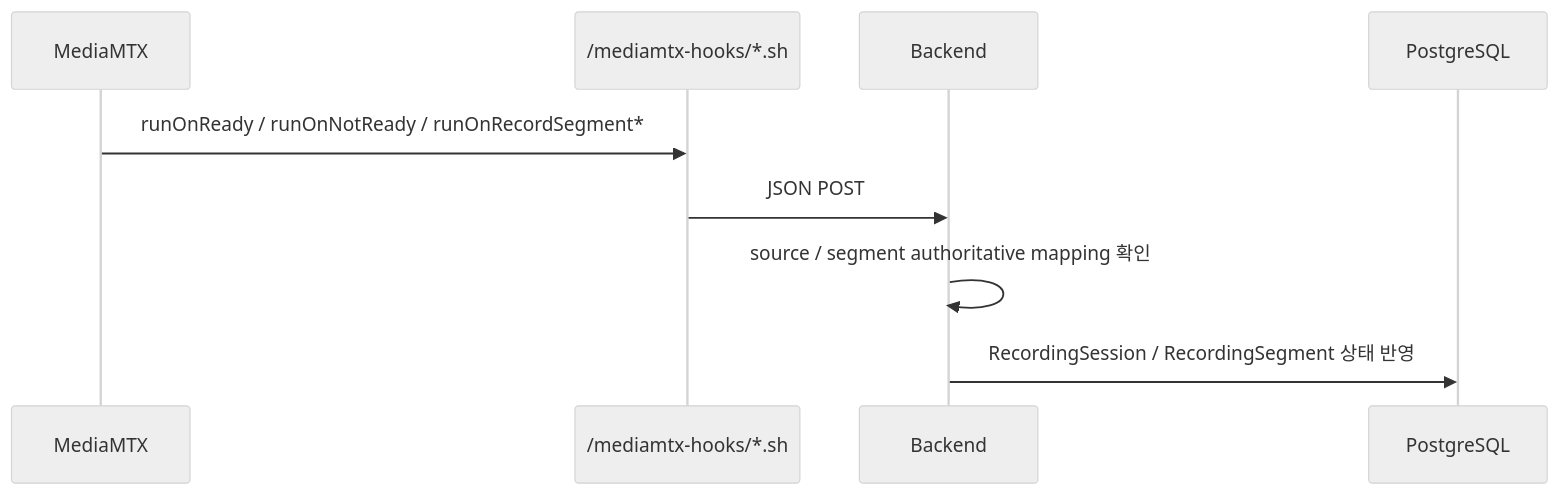
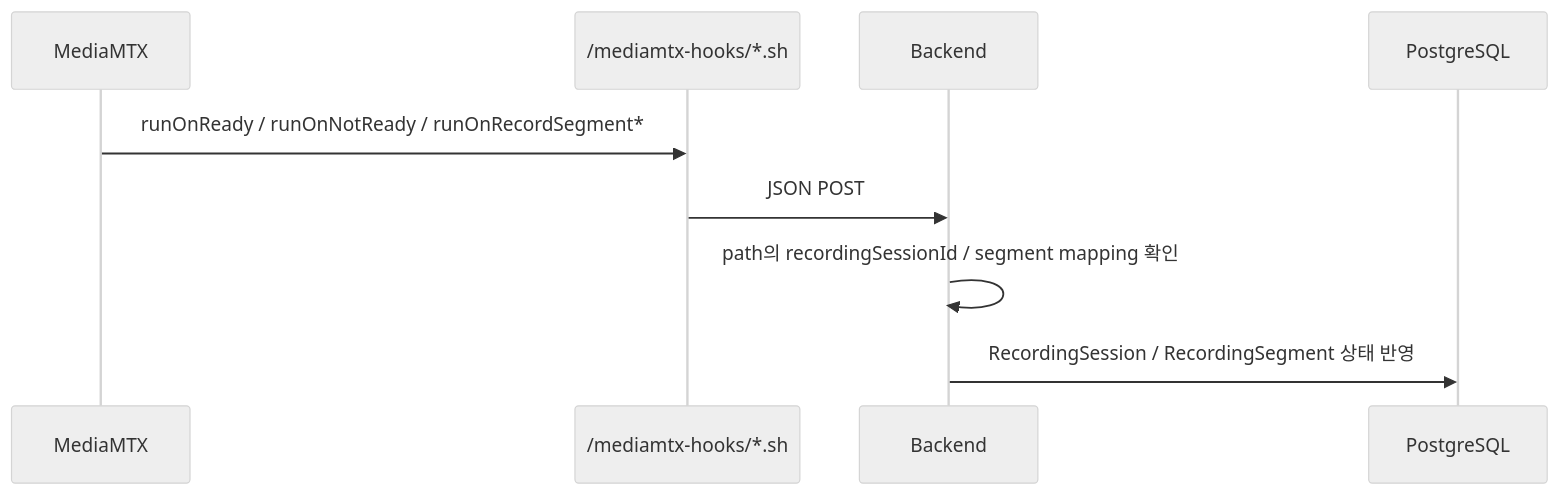
One commit to ego-flow/ego-flow-server changed the sixth of 7 diagrams in docs/09. project_streaming.md. Above: the diagram before and after it, drawn with Mermaid (neutral theme). The commit also changed other lines of this file and 20 other files, not shown here.

````diff
--- a/docs/09. project_streaming.md
+++ b/docs/09. project_streaming.md
@@ -487,12 +470,12 @@
 ```mermaid
 sequenceDiagram
     participant MTX as MediaMTX
     participant Hooks as /mediamtx-hooks/*.sh
     participant BE as Backend
     participant DB as PostgreSQL
 
     MTX->>Hooks: runOnReady / runOnNotReady / runOnRecordSegment*
     Hooks->>BE: JSON POST
-    BE->>BE: source / segment authoritative mapping 확인
+    BE->>BE: path의 recordingSessionId / segment mapping 확인
     BE->>DB: RecordingSession / RecordingSegment 상태 반영
 ```
````
